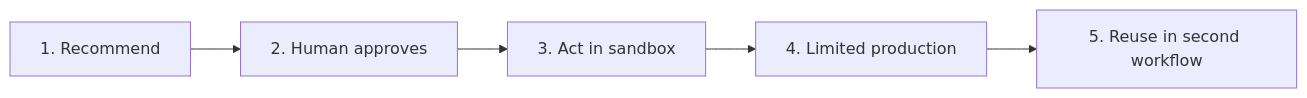
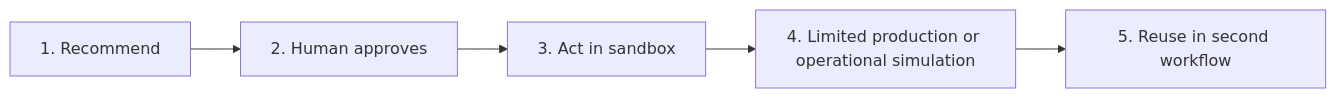
One commit to woogi-kang/ax-engineer-roadmap changed the diagram in en/projects/README.md. Above: the diagram before and after it, drawn with Mermaid. The commit also changed other lines of this file and 217 other files, not shown here.

First line of the commit message:
docs: refresh AX roadmap and retire legacy site (#29)

````diff
--- a/en/projects/README.md
+++ b/en/projects/README.md
@@ -15,7 +15,7 @@
 ```mermaid
 flowchart LR
     P1["1. Recommend"] --> P2["2. Human approves"]
     P2 --> P3["3. Act in sandbox"]
-    P3 --> P4["4. Limited production"]
+    P3 --> P4["4. Limited production or operational simulation"]
     P4 --> P5["5. Reuse in second workflow"]
 ```
````
